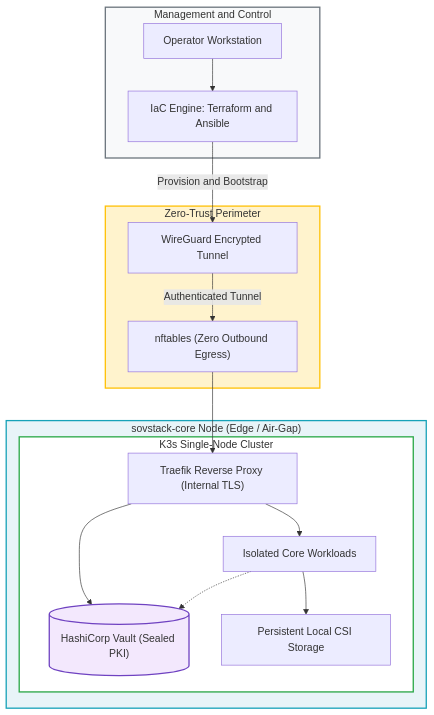
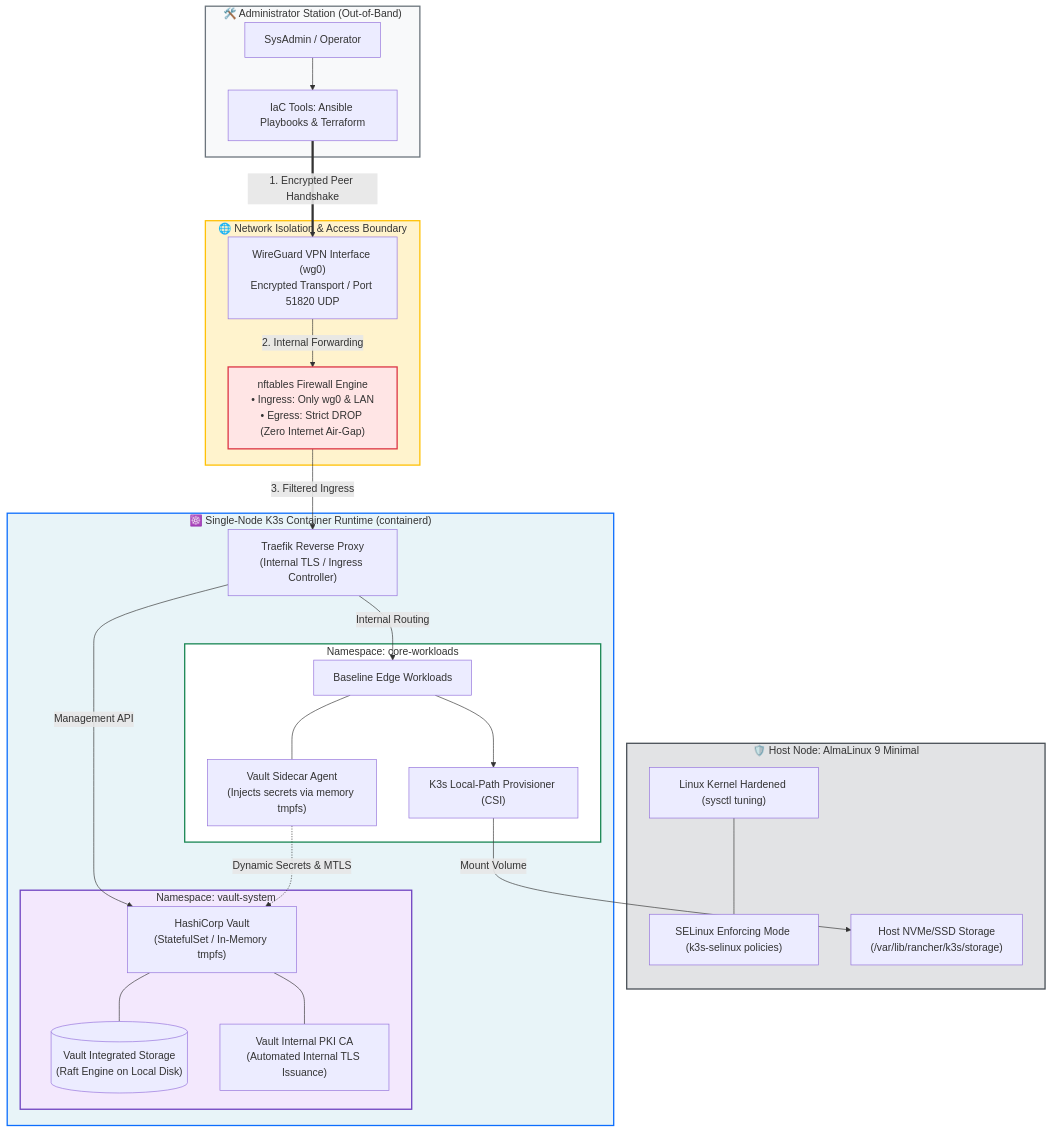
The diagram in README.md (pikz-eng/sovstack-core), drawn with Mermaid before and after one commit. The commit also changed other lines of this file, not shown here.

````diff
--- a/README.md
+++ b/README.md
@@ -13,37 +12,62 @@
 ```mermaid
 flowchart TD
-    subgraph Management ["Management and Control"]
-        Admin["Operator Workstation"]
-        IaC["IaC Engine: Terraform and Ansible"]
+    subgraph ManagementStation [" 🛠️ Administrator Station (Out-of-Band) "]
+        Admin["SysAdmin / Operator"]
+        IaC["IaC Tools: Ansible Playbooks & Terraform"]
         Admin --> IaC
     end
 
-    subgraph Perimeter ["Zero-Trust Perimeter"]
-        VPN["WireGuard Encrypted Tunnel"]
-        Firewall["nftables (Zero Outbound Egress)"]
+    subgraph Boundary [" 🌐 Network Isolation & Access Boundary "]
+        WG["WireGuard VPN Interface (wg0)<br>Encrypted Transport / Port 51820 UDP"]
+        NFT["nftables Firewall Engine<br>• Ingress: Only wg0 & LAN<br>• Egress: Strict DROP (Zero Internet Air-Gap)"]
     end
 
-    subgraph Appliance ["sovstack-core Node (Edge / Air-Gap)"]
-        subgraph K3sCluster ["K3s Single-Node Cluster"]
-            Ingress["Traefik Reverse Proxy (Internal TLS)"]
-            Vault[("HashiCorp Vault (Sealed PKI)")]
-            Workloads["Isolated Core Workloads"]
-            Storage["Persistent Local CSI Storage"]
-
-            Ingress --> Vault
-            Ingress --> Workloads
-            Workloads -.-> Vault
-            Workloads --> Storage
-        end
+    subgraph HostOS [" 🛡️ Host Node: AlmaLinux 9 Minimal "]
+        Kernel["Linux Kernel Hardened (sysctl tuning)"]
+        SELinux["SELinux Enforcing Mode (k3s-selinux policies)"]
+        LocalStorage["Host NVMe/SSD Storage<br>(/var/lib/rancher/k3s/storage)"]
+        
+        Kernel --- SELinux
     end
 
-    IaC -->|Provision and Bootstrap| VPN
-    VPN -->|Authenticated Tunnel| Firewall
-    Firewall --> Ingress
+    subgraph K3sCluster [" ☸️ Single-Node K3s Container Runtime (containerd) "]
+        Traefik["Traefik Reverse Proxy<br>(Internal TLS / Ingress Controller)"]
+        
+        subgraph SecNamespace [" Namespace: vault-system "]
+            Vault["HashiCorp Vault<br>(StatefulSet / In-Memory tmpfs)"]
+            VaultRaft[("Vault Integrated Storage<br>(Raft Engine on Local Disk)")]
+            VaultPKI["Vault Internal PKI CA<br>(Automated Internal TLS Issuance)"]
+            
+            Vault --- VaultRaft
+            Vault --- VaultPKI
+        end
 
-    style Management fill:#f8f9fa,stroke:#6c757d,stroke-width:2px
-    style Perimeter fill:#fff3cd,stroke:#ffc107,stroke-width:2px
-    style Appliance fill:#e8f4f8,stroke:#17a2b8,stroke-width:2px
-    style K3sCluster fill:#ffffff,stroke:#28a745,stroke-width:2px
-    style Vault fill:#f3e8fd,stroke:#6f42c1,stroke-width:2px
+        subgraph WorkloadsNamespace [" Namespace: core-workloads "]
+            CoreApp["Baseline Edge Workloads"]
+            Injector["Vault Sidecar Agent<br>(Injects secrets via memory tmpfs)"]
+            CSI["K3s Local-Path Provisioner (CSI)"]
+            
+            CoreApp --- Injector
+            CoreApp --> CSI
+        end
+
+        Traefik -->|Internal Routing| CoreApp
+        Traefik -->|Management API| Vault
+        Injector -.->|Dynamic Secrets & MTLS| Vault
+        CSI -->|Mount Volume| LocalStorage
+    end
+
+    %% Network flows
+    IaC ==>|1. Encrypted Peer Handshake| WG
+    WG -->|2. Internal Forwarding| NFT
+    NFT -->|3. Filtered Ingress| Traefik
+
+    %% Styling for crisp visual hierarchy
+    style ManagementStation fill:#f8f9fa,stroke:#6c757d,stroke-width:2px
+    style Boundary fill:#fff3cd,stroke:#ffc107,stroke-width:2px
+    style HostOS fill:#e2e3e5,stroke:#495057,stroke-width:2px
+    style K3sCluster fill:#e8f4f8,stroke:#0d6efd,stroke-width:2px
+    style SecNamespace fill:#f3e8fd,stroke:#6f42c1,stroke-width:2px
+    style WorkloadsNamespace fill:#ffffff,stroke:#198754,stroke-width:2px
+    style NFT fill:#ffe5e5,stroke:#dc3545,stroke-width:2px
 ```
````
